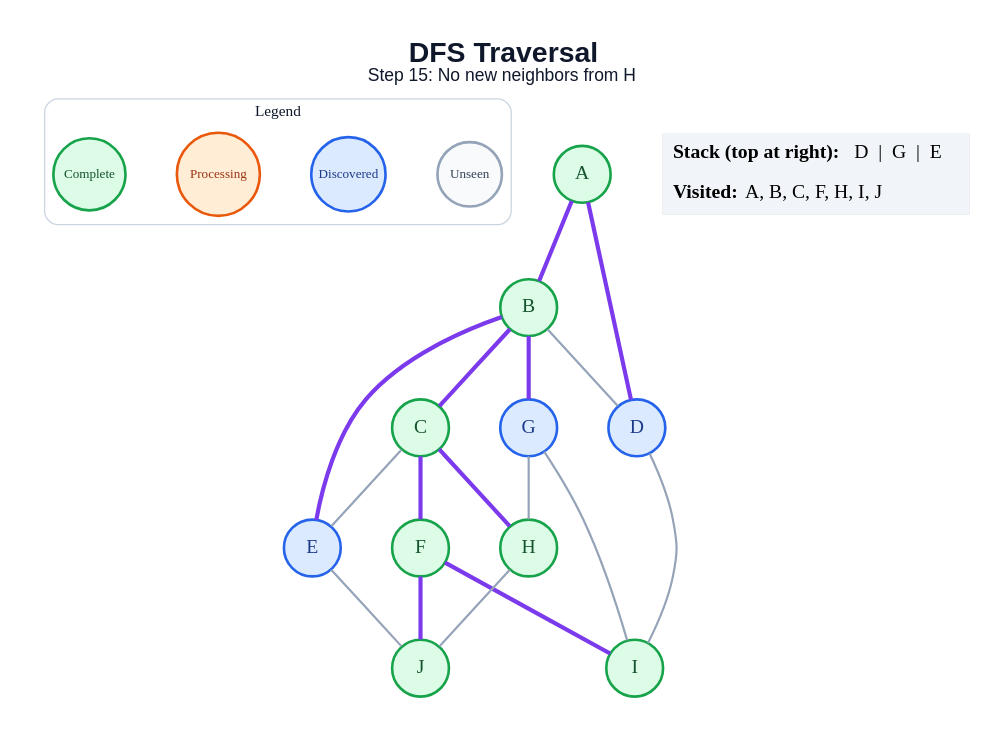
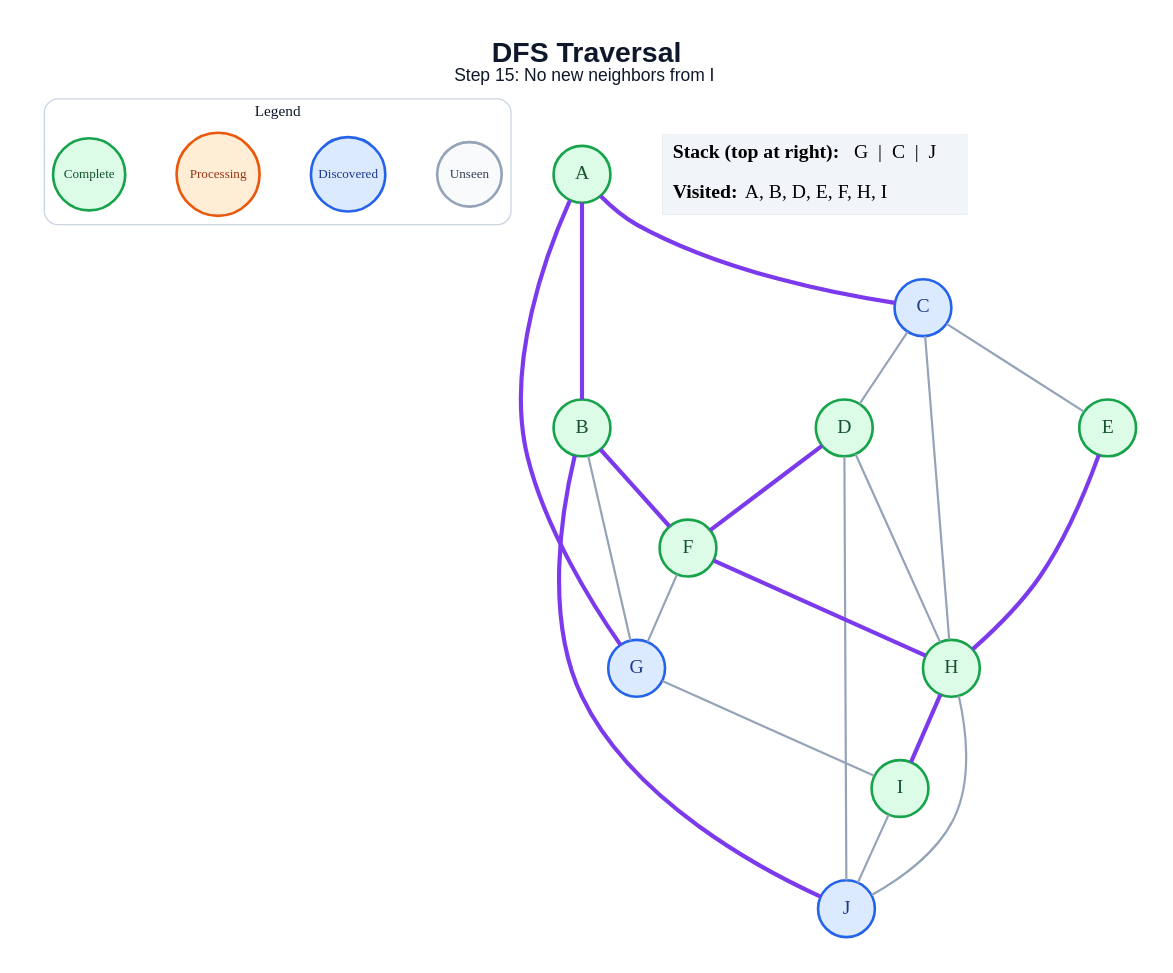
Before and after one commit to amanghodawala9/ai-slop: the diagram in generated/dfs/step_15.dot, drawn with Graphviz. The commit also changed 178 other files, not shown here.

```diff
--- a/generated/dfs/step_15.dot
+++ b/generated/dfs/step_15.dot
@@ -1,45 +1,48 @@
 graph traversal {
   graph [layout=dot, rankdir=TB, bgcolor="#FFFFFF", pad="0.35", nodesep="0.65", ranksep="0.8", fontname="Arial"];
   node [shape=circle, style="filled", fontname="Arial Bold", fontsize=18, width=0.72, fixedsize=true, penwidth=2.4];
   edge [color="#94A3B8", penwidth=2.0];
-  label=<<B>DFS Traversal</B><BR/><FONT POINT-SIZE="16">Step 15: No new neighbors from H</FONT>>; labelloc="t"; fontsize=26; fontname="Arial"; fontcolor="#0F172A";
+  label=<<B>DFS Traversal</B><BR/><FONT POINT-SIZE="16">Step 15: No new neighbors from I</FONT>>; labelloc="t"; fontsize=26; fontname="Arial"; fontcolor="#0F172A";
   subgraph cluster_legend { label="Legend"; color="#CBD5E1"; penwidth=1.2; style="rounded"; fontsize=14; fontname="Arial Bold";
     key_unseen [label="Unseen", fillcolor="#F8FAFC", color="#94A3B8", fontcolor="#334155", fontsize=12, width=0.82];
     key_frontier [label="Discovered", fillcolor="#DBEAFE", color="#2563EB", fontcolor="#1E3A8A", fontsize=12, width=0.95];
     key_current [label="Processing", fillcolor="#FFEDD5", color="#EA580C", fontcolor="#9A3412", fontsize=12, width=1.05];
     key_done [label="Complete", fillcolor="#DCFCE7", color="#16A34A", fontcolor="#14532D", fontsize=12, width=0.92];
     { rank=same; key_unseen; key_frontier; key_current; key_done; }
   }
   A [fillcolor="#DCFCE7", color="#16A34A", fontcolor="#14532D"];
   B [fillcolor="#DCFCE7", color="#16A34A", fontcolor="#14532D"];
-  C [fillcolor="#DCFCE7", color="#16A34A", fontcolor="#14532D"];
-  D [fillcolor="#DBEAFE", color="#2563EB", fontcolor="#1E3A8A"];
-  E [fillcolor="#DBEAFE", color="#2563EB", fontcolor="#1E3A8A"];
+  C [fillcolor="#DBEAFE", color="#2563EB", fontcolor="#1E3A8A"];
+  D [fillcolor="#DCFCE7", color="#16A34A", fontcolor="#14532D"];
+  E [fillcolor="#DCFCE7", color="#16A34A", fontcolor="#14532D"];
   F [fillcolor="#DCFCE7", color="#16A34A", fontcolor="#14532D"];
   G [fillcolor="#DBEAFE", color="#2563EB", fontcolor="#1E3A8A"];
   H [fillcolor="#DCFCE7", color="#16A34A", fontcolor="#14532D"];
   I [fillcolor="#DCFCE7", color="#16A34A", fontcolor="#14532D"];
-  J [fillcolor="#DCFCE7", color="#16A34A", fontcolor="#14532D"];
+  J [fillcolor="#DBEAFE", color="#2563EB", fontcolor="#1E3A8A"];
   A -- B [color="#7C3AED", penwidth=3.8];
-  A -- D [color="#7C3AED", penwidth=3.8];
-  B -- C [color="#7C3AED", penwidth=3.8];
-  B -- D;
-  B -- E [color="#7C3AED", penwidth=3.8];
-  B -- G [color="#7C3AED", penwidth=3.8];
+  A -- C [color="#7C3AED", penwidth=3.8];
+  A -- G [color="#7C3AED", penwidth=3.8];
+  B -- F [color="#7C3AED", penwidth=3.8];
+  B -- G;
+  B -- J [color="#7C3AED", penwidth=3.8];
+  C -- D;
   C -- E;
-  C -- F [color="#7C3AED", penwidth=3.8];
-  C -- H [color="#7C3AED", penwidth=3.8];
-  D -- I;
-  E -- J;
-  F -- I [color="#7C3AED", penwidth=3.8];
-  F -- J [color="#7C3AED", penwidth=3.8];
-  G -- H;
+  C -- H;
+  D -- F [color="#7C3AED", penwidth=3.8];
+  D -- H;
+  D -- J;
+  E -- H [color="#7C3AED", penwidth=3.8];
+  F -- G;
+  F -- H [color="#7C3AED", penwidth=3.8];
   G -- I;
+  H -- I [color="#7C3AED", penwidth=3.8];
   H -- J;
+  I -- J;
   status [shape=plain, fixedsize=false, width=0, height=0, margin=0, label=<
     <TABLE BORDER="0" CELLBORDER="0" CELLPADDING="7" BGCOLOR="#F1F5F9">
-      <TR><TD ALIGN="LEFT"><B>Stack (top at right):</B> D  |  G  |  E</TD></TR>
-      <TR><TD ALIGN="LEFT"><B>Visited:</B> A, B, C, F, H, I, J</TD></TR>
+      <TR><TD ALIGN="LEFT"><B>Stack (top at right):</B> G  |  C  |  J</TD></TR>
+      <TR><TD ALIGN="LEFT"><B>Visited:</B> A, B, D, E, F, H, I</TD></TR>
     </TABLE>
   >];
 }
```
